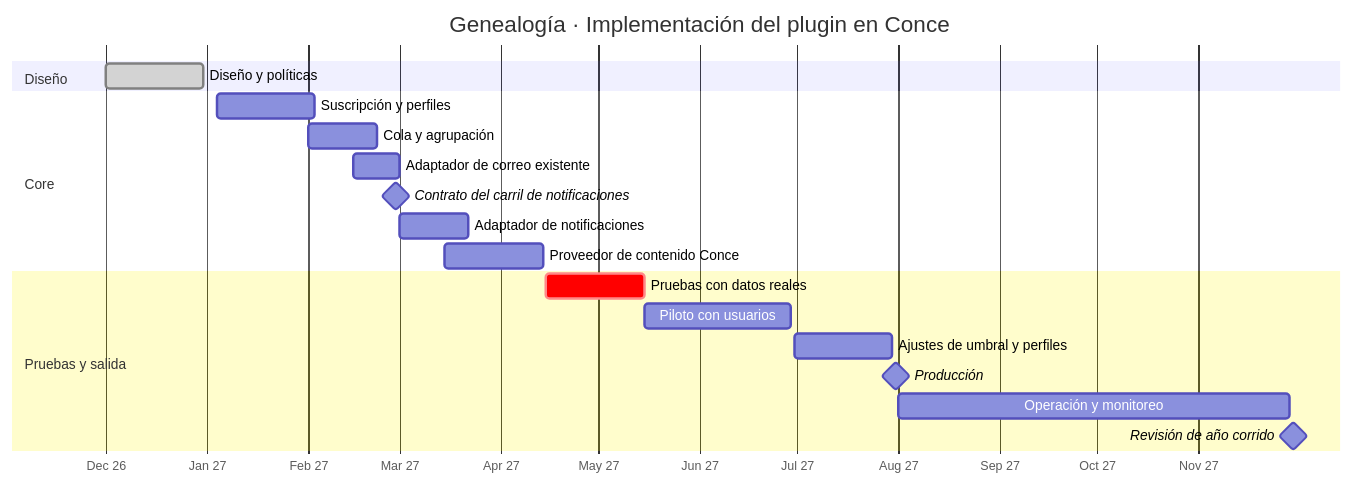
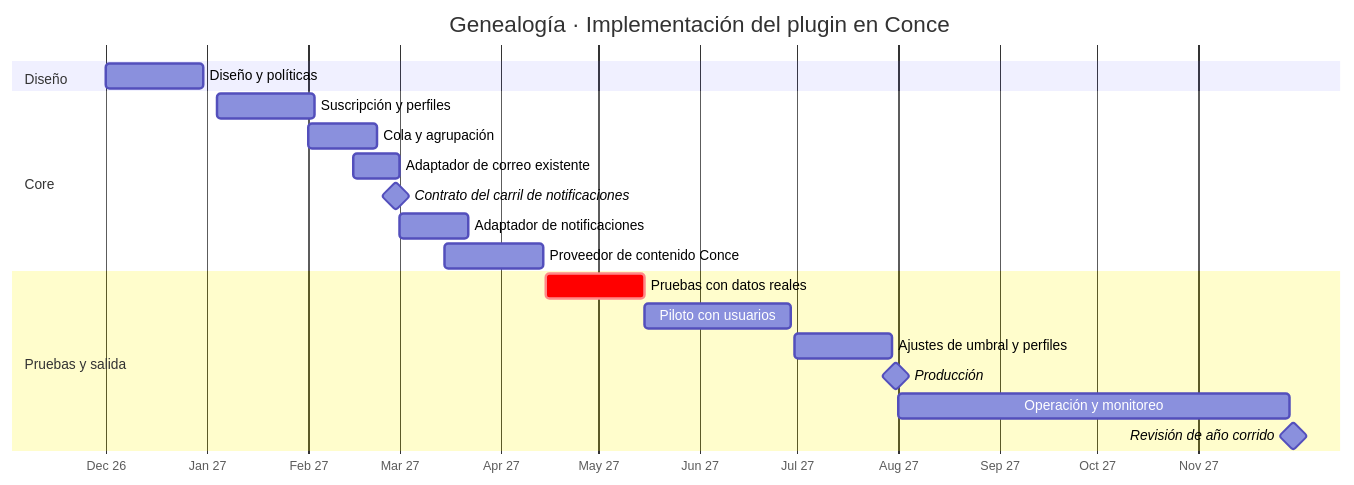
The diagram in newsletter-plugin/docs/gantt/conce-implementacion.md (lol-protocol/php), drawn with Mermaid before and after one commit. The commit also changed other lines of this file and 10 other files, not shown here.

````diff
--- a/newsletter-plugin/docs/gantt/conce-implementacion.md
+++ b/newsletter-plugin/docs/gantt/conce-implementacion.md
@@ -5,22 +5,22 @@
 ```mermaid
 gantt
   title Genealogía · Implementación del plugin en Conce
   dateFormat YYYY-MM-DD
   axisFormat %b %y
   section Diseño
-  Diseño y políticas               :done, g3a, 2026-12-01, 30d
+  Diseño y políticas               :g3a, 2026-12-01, 30d
   section Core
   Suscripción y perfiles           :g3b, 2027-01-04, 30d
   Cola y agrupación                :g3c, 2027-02-01, 21d
   Adaptador de correo existente    :g3d, 2027-02-15, 14d
   Contrato del carril de notificaciones :milestone, g3e, 2027-02-28, 0d
   Adaptador de notificaciones      :g3f, 2027-03-01, 21d
   Proveedor de contenido Conce     :g3g, 2027-03-15, 30d
   section Pruebas y salida
   Pruebas con datos reales         :crit, g3h, 2027-04-15, 30d
   Piloto con usuarios              :g3i, 2027-05-15, 45d
   Ajustes de umbral y perfiles     :g3j, 2027-06-30, 30d
   Producción                       :milestone, g3k, 2027-07-31, 0d
   Operación y monitoreo            :g3l, 2027-08-01, 120d
   Revisión de año corrido          :milestone, g3m, 2027-11-30, 0d
 ```
````
